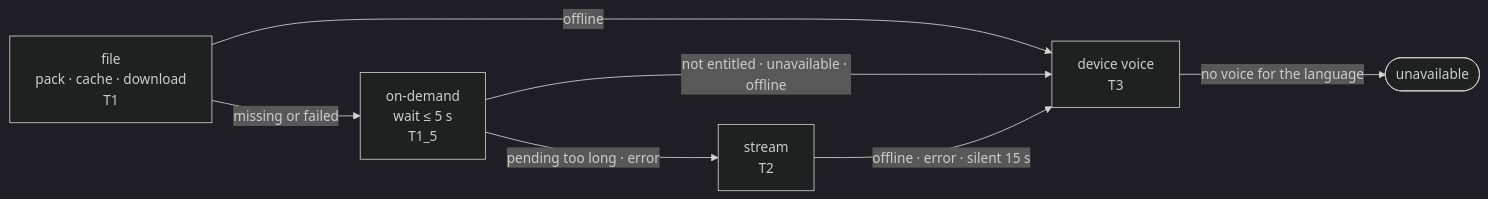
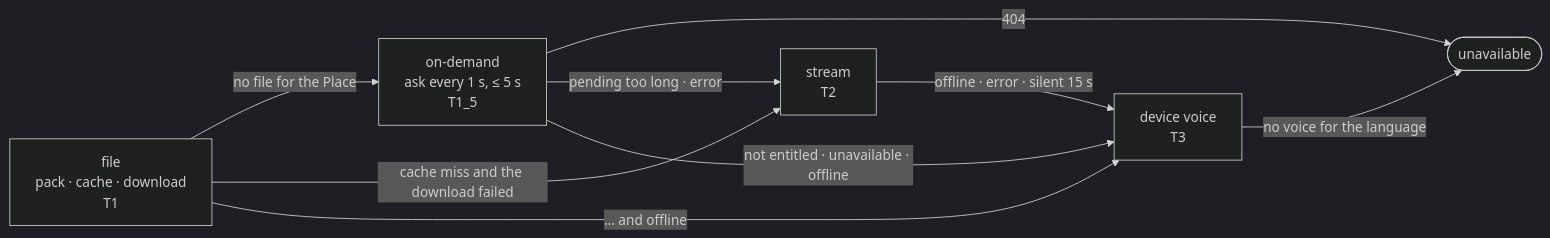
Before and after one commit to dungtq2k5/wayfare: the third of 3 diagrams in docs/reference/flows/the-walk.md, drawn with Mermaid (dark theme). The commit also changed other lines of this file and 11 other files, not shown here.

````diff
--- a/docs/reference/flows/the-walk.md
+++ b/docs/reference/flows/the-walk.md
@@ -85,9 +88,11 @@
 ```mermaid
 flowchart LR
-  F[file<br/>pack · cache · download<br/>T1] -->|missing or failed| O[on-demand<br/>wait ≤ 5 s<br/>T1_5]
-  F -->|offline| D
+  F[file<br/>pack · cache · download<br/>T1] -->|no file for the Place| O[on-demand<br/>ask every 1 s, ≤ 5 s<br/>T1_5]
+  F -->|cache miss and the download failed| ST
+  F -->|… and offline| D
+  O -->|404| U
   O -->|pending too long · error| ST[stream<br/>T2]
   O -->|not entitled · unavailable · offline| D[device voice<br/>T3]
   ST -->|offline · error · silent 15 s| D
   D -->|no voice for the language| U([unavailable])
 ```
````
